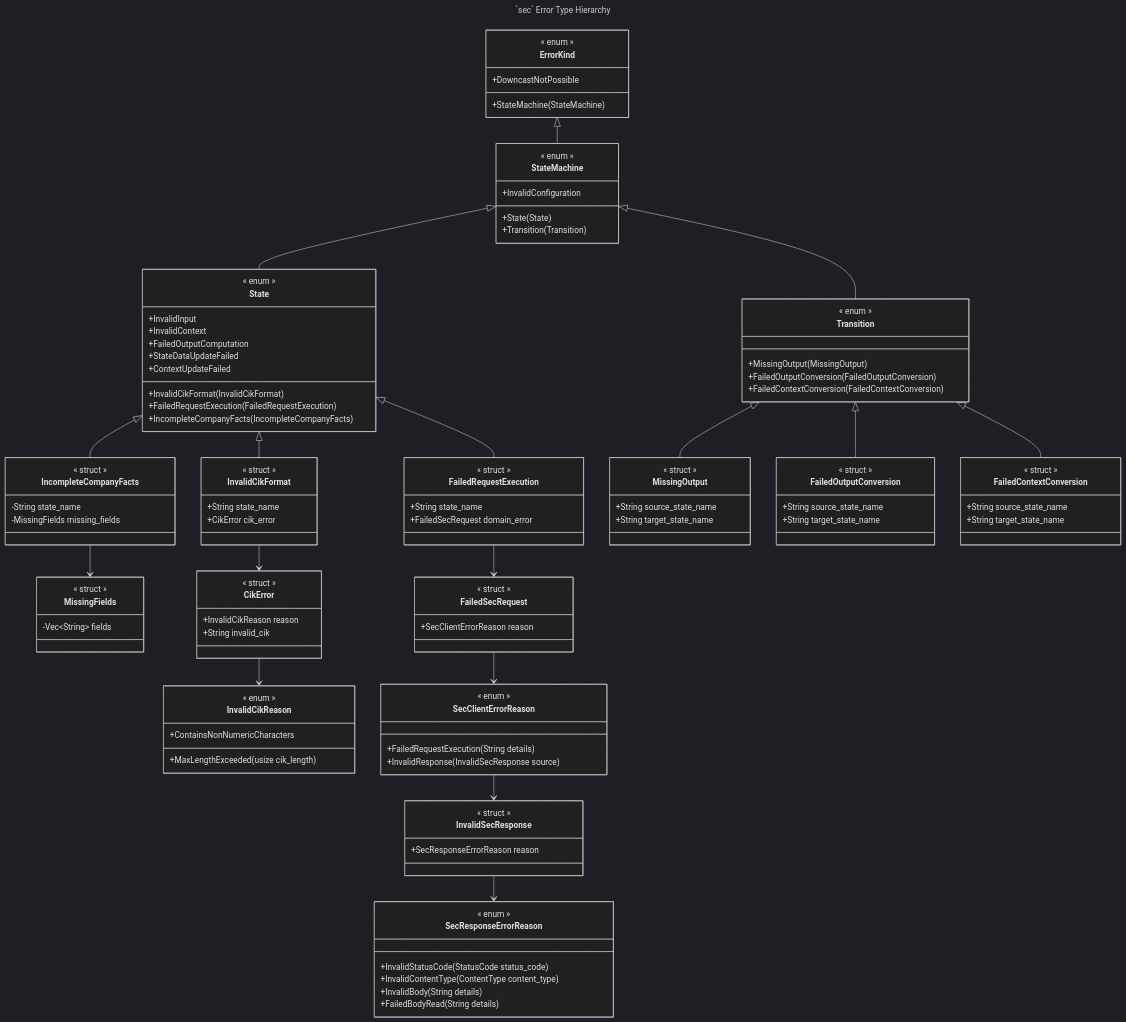
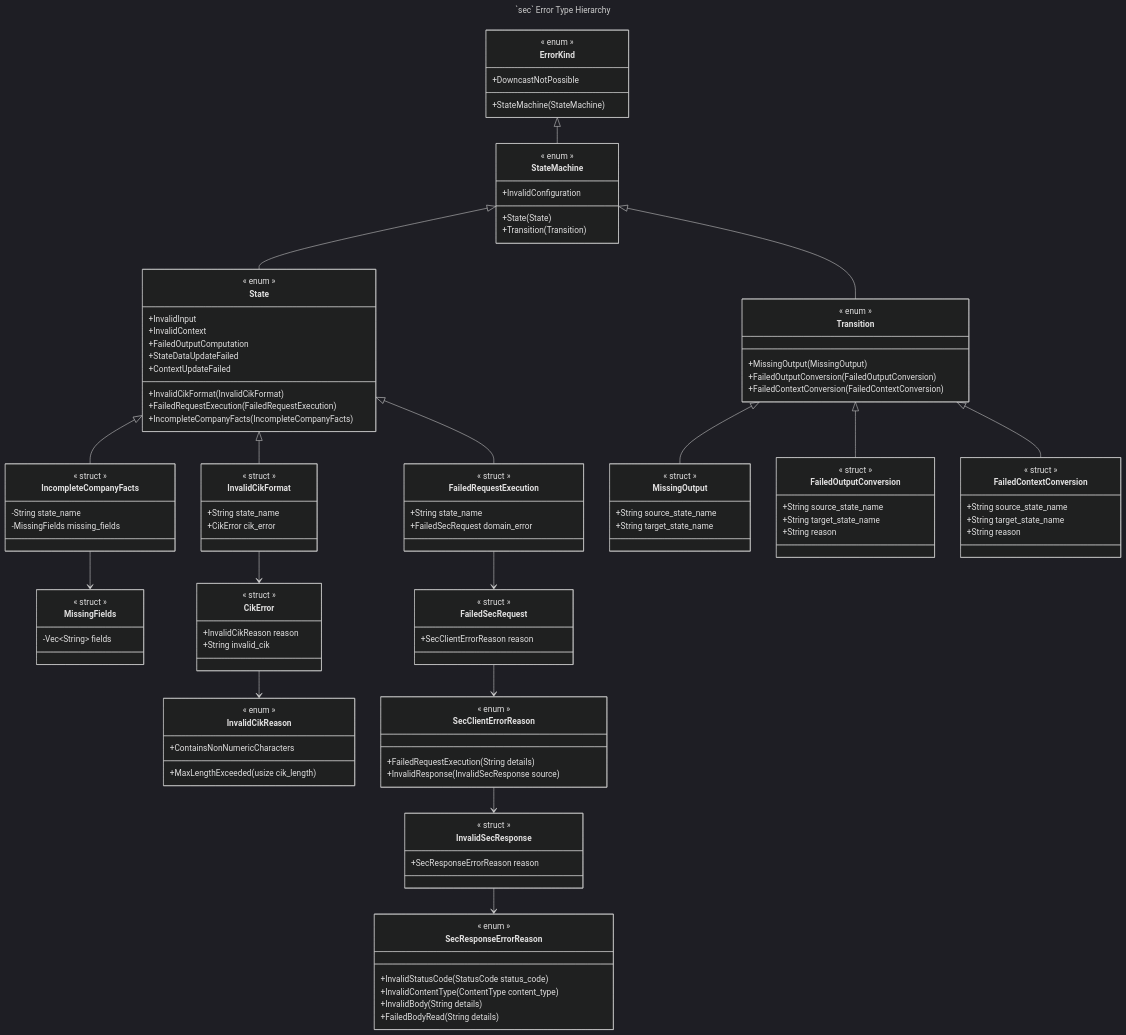
Before and after one commit to ironcapitaleu/arkad: the third of 3 diagrams in README.md, drawn with Mermaid (dark theme). The commit also changed other lines of this file and 15 other files, not shown here.

```diff
--- a/README.md
+++ b/README.md
@@ -329,6 +329,7 @@
         %% Transition-level error for output-to-input conversion failure
         +String source_state_name
         +String target_state_name
+        +String reason
     }
 
     class FailedContextConversion{
@@ -336,6 +337,7 @@
         %% Transition-level error for context conversion failure
         +String source_state_name
         +String target_state_name
+        +String reason
     }
 
     class CikError{
```
